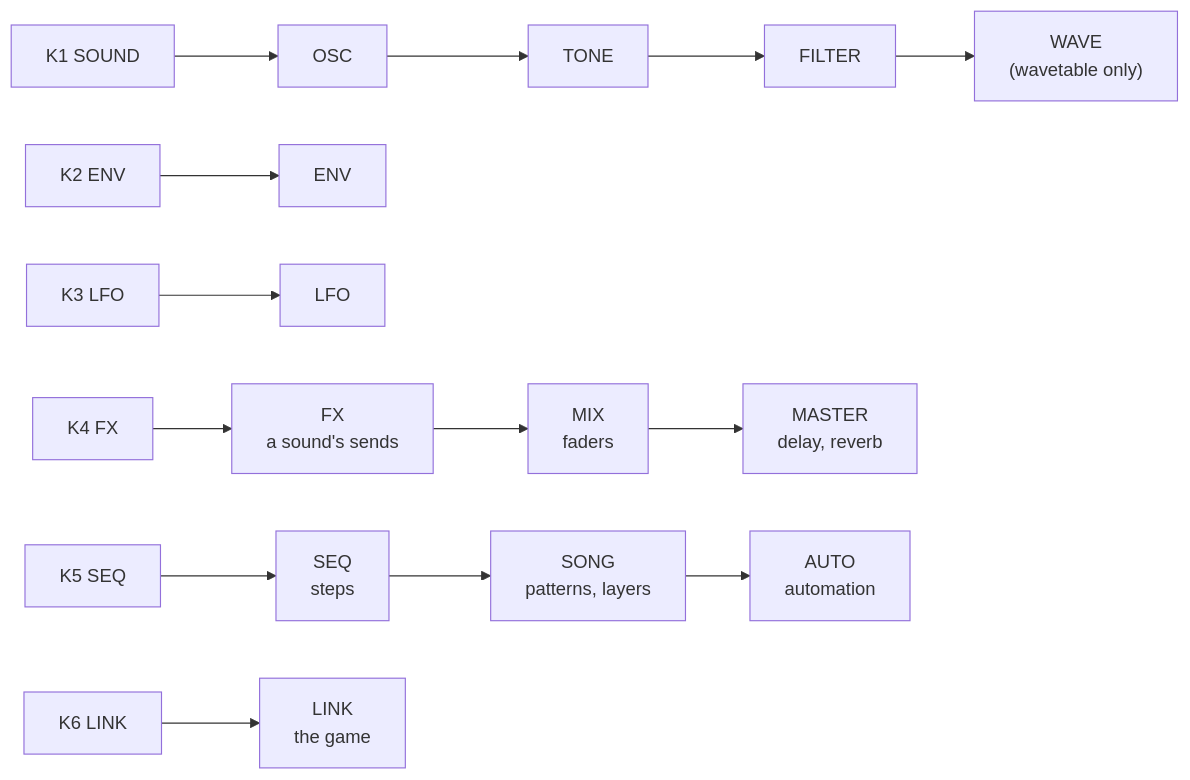
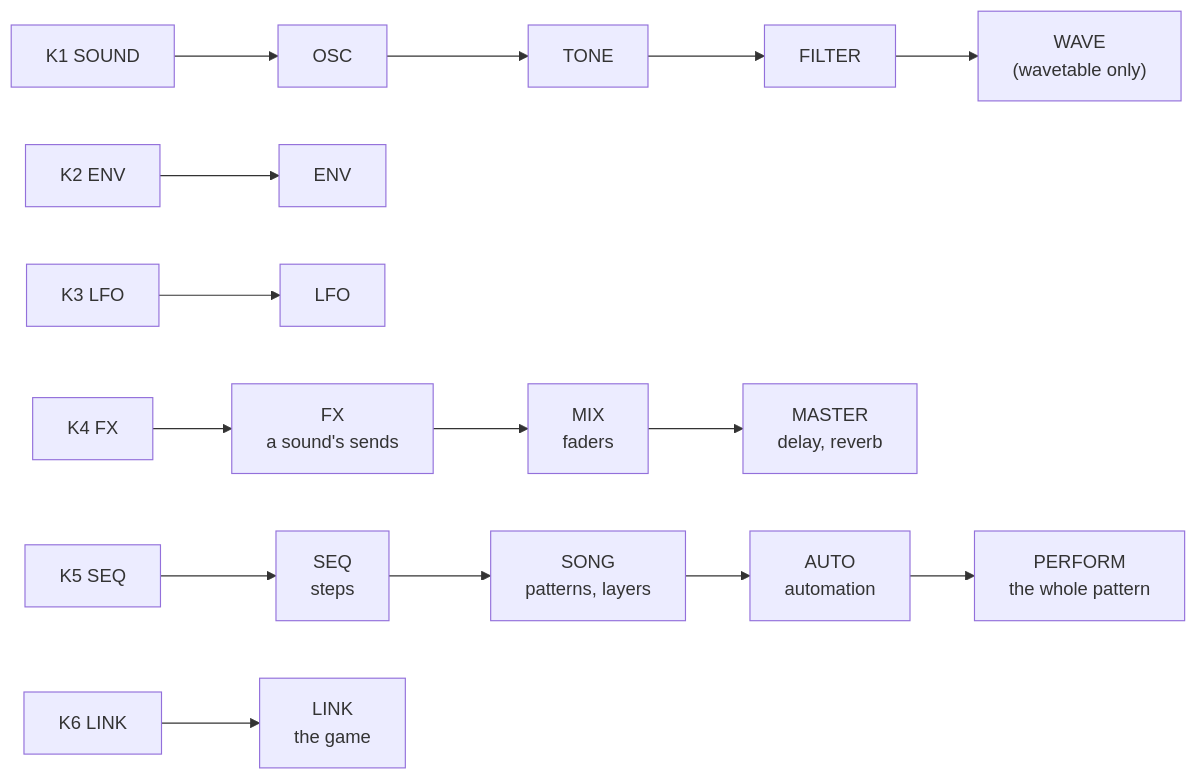
Before and after one commit to Cat-Splat-Studios/sfx-forge-unity: the first of 5 diagrams in Documentation~/MANUAL.md, drawn with Mermaid. The commit also changed other lines of this file and 49 other files, not shown here.

````diff
--- a/Documentation~/MANUAL.md
+++ b/Documentation~/MANUAL.md
@@ -93,9 +95,9 @@
 ```mermaid
 flowchart LR
   K1["K1 SOUND"] --> OSC --> TONE --> FILTER --> WAVE["WAVE<br/>(wavetable only)"]
   K2["K2 ENV"] --> ENV
   K3["K3 LFO"] --> LFO
   K4["K4 FX"] --> FX["FX<br/>a sound's sends"] --> MIX["MIX<br/>faders"] --> MASTER["MASTER<br/>delay, reverb"]
-  K5["K5 SEQ"] --> SEQ["SEQ<br/>steps"] --> SONG["SONG<br/>patterns, layers"] --> AUTO["AUTO<br/>automation"]
+  K5["K5 SEQ"] --> SEQ["SEQ<br/>steps"] --> SONG["SONG<br/>patterns, layers"] --> AUTO["AUTO<br/>automation"] --> PERFORM["PERFORM<br/>the whole pattern"]
   K6["K6 LINK"] --> LINK["LINK<br/>the game"]
 ```
````
